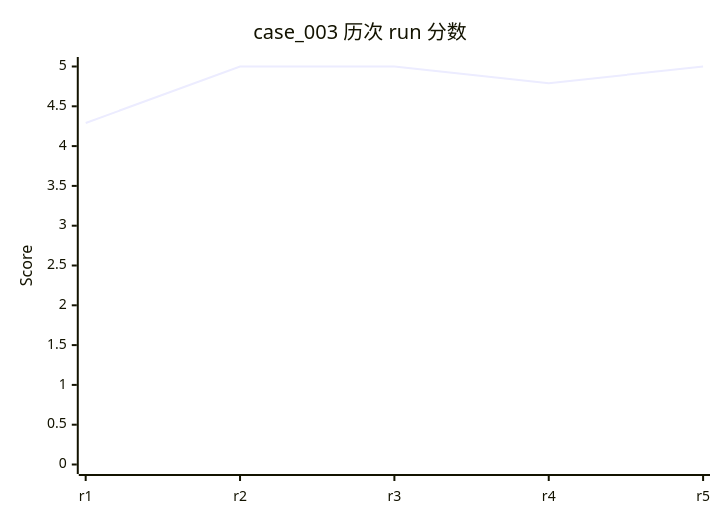
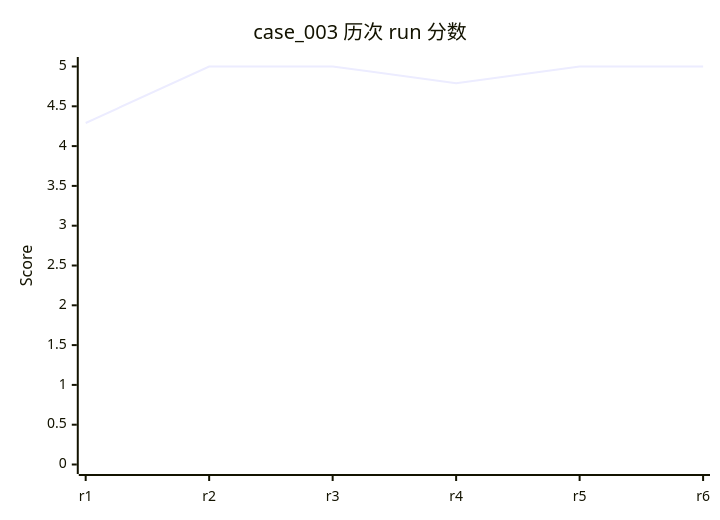
Before and after one commit to rushengzhou/sid-code: the tenth of 58 diagrams in evals/DASHBOARD.md, drawn with Mermaid. The commit also changed other lines of this file and 108 other files, not shown here.

````diff
--- a/evals/DASHBOARD.md
+++ b/evals/DASHBOARD.md
@@ -281,7 +282,7 @@
 ```mermaid
 xychart-beta
     title "case_003 历次 run 分数"
-    x-axis [r1, r2, r3, r4, r5]
+    x-axis [r1, r2, r3, r4, r5, r6]
     y-axis "Score" 0 --> 5
-    line [4.29, 5.00, 5.00, 4.79, 5.00]
+    line [4.29, 5.00, 5.00, 4.79, 5.00, 5.00]
 ```
````
